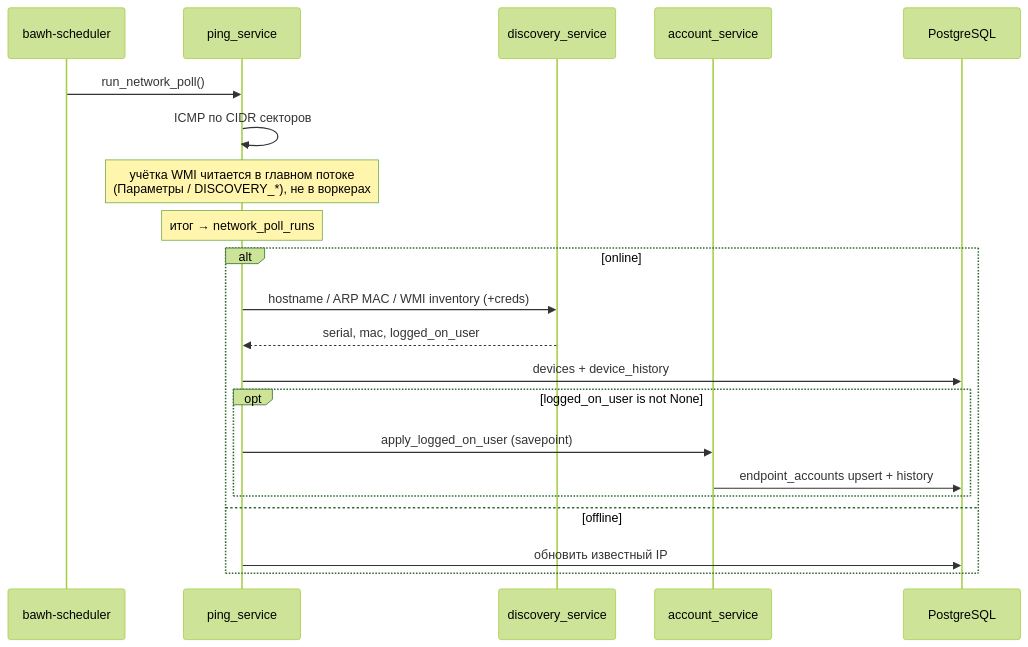
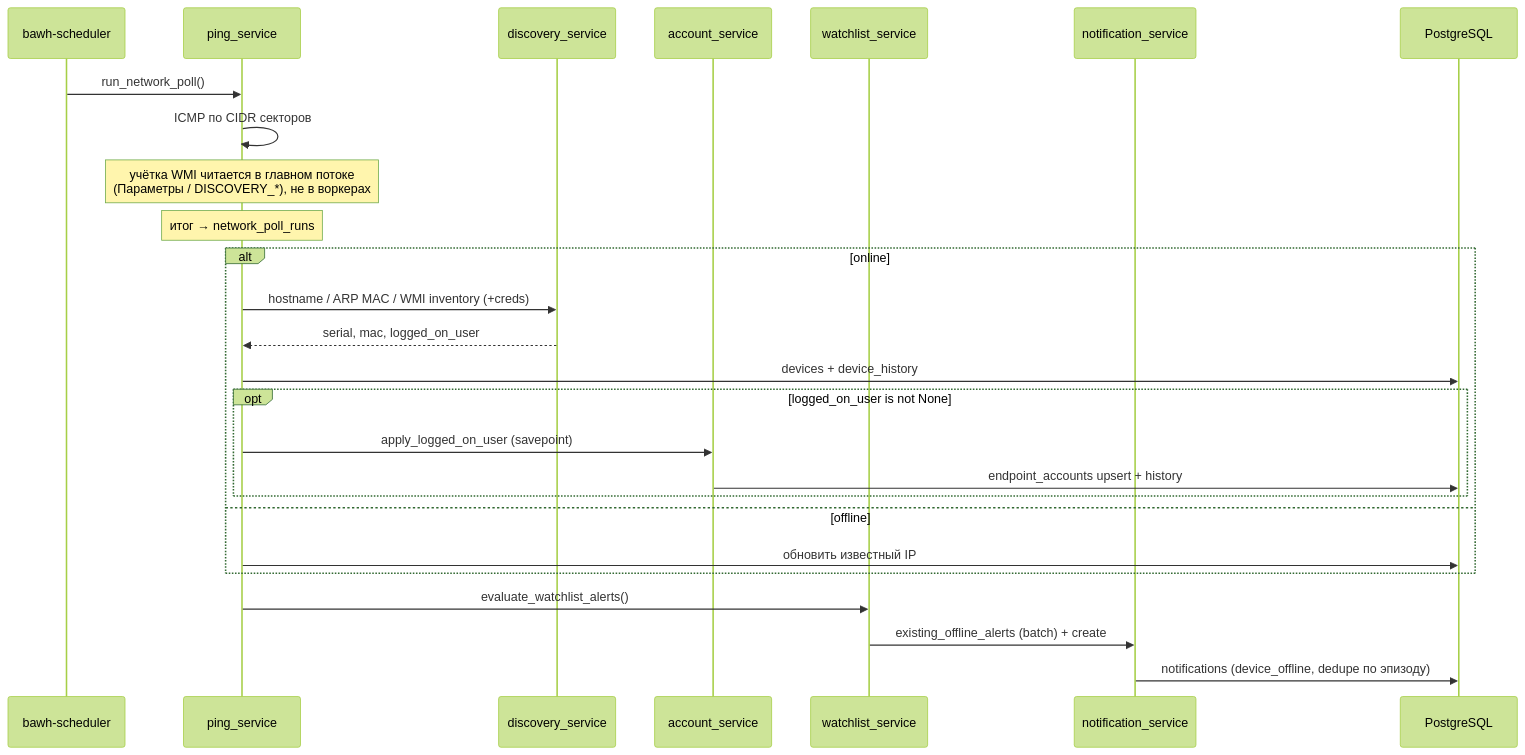
The second of 3 diagrams in docs/ARCHITECTURE.md (blazerity/admin-webhelper), drawn with Mermaid (forest theme) before and after one commit. The commit also changed other lines of this file and 5 other files, not shown here.

````diff
--- a/docs/ARCHITECTURE.md
+++ b/docs/ARCHITECTURE.md
@@ -65,24 +78,29 @@
 ```mermaid
 sequenceDiagram
   participant Sch as bawh-scheduler
   participant Ping as ping_service
   participant Disc as discovery_service
   participant Acc as account_service
+  participant Watch as watchlist_service
+  participant Ntf as notification_service
   participant DB as PostgreSQL
 
   Sch->>Ping: run_network_poll()
   Ping->>Ping: ICMP по CIDR секторов
   Note over Ping: учётка WMI читается в главном потоке<br/>(Параметры / DISCOVERY_*), не в воркерах
   Note over Ping: итог → network_poll_runs
   alt online
-      Ping->>Disc: hostname / ARP MAC / WMI inventory (+creds)
+    Ping->>Disc: hostname / ARP MAC / WMI inventory (+creds)
     Disc-->>Ping: serial, mac, logged_on_user
     Ping->>DB: devices + device_history
     opt logged_on_user is not None
       Ping->>Acc: apply_logged_on_user (savepoint)
       Acc->>DB: endpoint_accounts upsert + history
     end
   else offline
     Ping->>DB: обновить известный IP
   end
+  Ping->>Watch: evaluate_watchlist_alerts()
+  Watch->>Ntf: existing_offline_alerts (batch) + create
+  Ntf->>DB: notifications (device_offline, dedupe по эпизоду)
 ```
````
